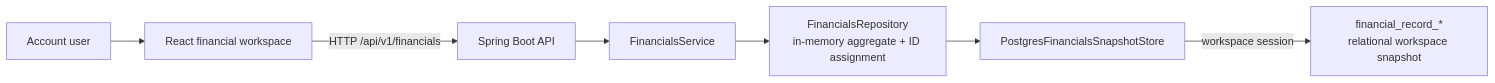
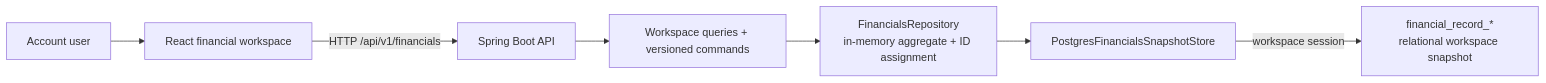
The first of 4 diagrams in docs/architecture-map.md (everdein/pay-period-planner), drawn with Mermaid before and after one commit. The commit also changed other lines of this file and 168 other files, not shown here.

First line of the commit message:
Complete financial workspace scalability roadmap (#35)

````diff
--- a/docs/architecture-map.md
+++ b/docs/architecture-map.md
@@ -16,9 +16,9 @@
 ```mermaid
 flowchart LR
     User["Account user"] --> UI["React financial workspace"]
     UI -->|"HTTP /api/v1/financials"| API["Spring Boot API"]
-    API --> Service["FinancialsService"]
-    Service --> Repository["FinancialsRepository<br/>in-memory aggregate + ID assignment"]
+    API --> Application["Workspace queries + versioned commands"]
+    Application --> Repository["FinancialsRepository<br/>in-memory aggregate + ID assignment"]
     Repository --> Store["PostgresFinancialsSnapshotStore"]
     Store -->|"workspace session"| PG["financial_record_*<br/>relational workspace snapshot"]
 ```
````
